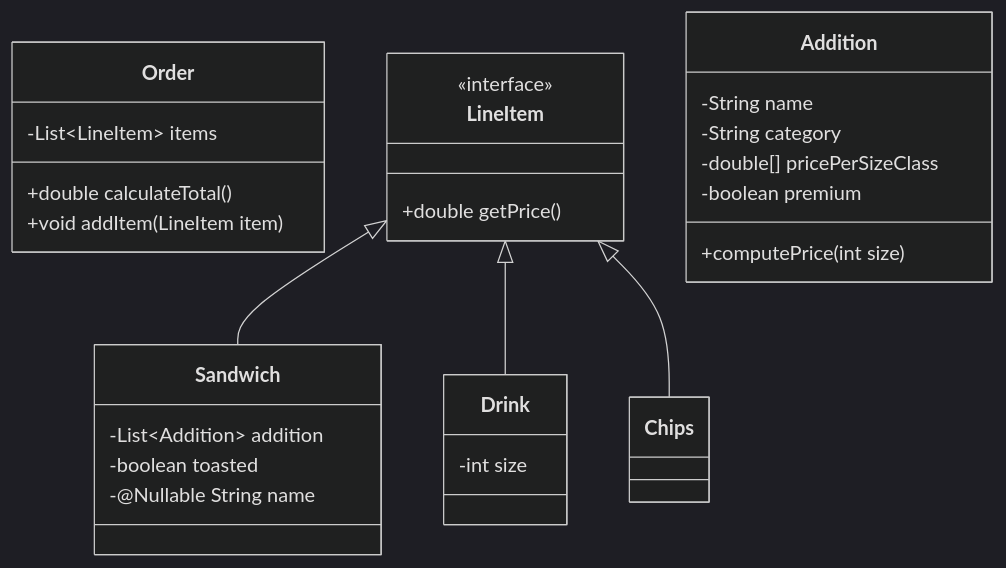
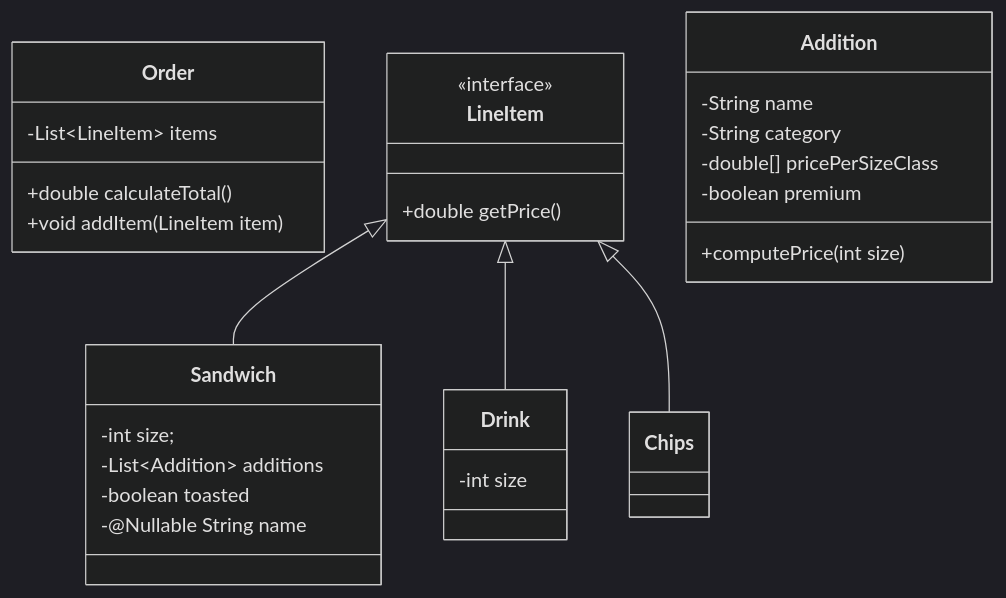
Before and after one commit to yuujn/nuclear-subs: the first of 3 diagrams in diagrams/class_diagrams.md, drawn with Mermaid (dark theme). The commit also changed 2 other files, not shown here.

Commit message:
sketch out Sandwich class and stub Addition class

````diff
--- a/diagrams/class_diagrams.md
+++ b/diagrams/class_diagrams.md
@@ -3,35 +3,36 @@
 ```mermaid
 classDiagram
     class Order {
         -List&lt;LineItem&gt; items
         +double calculateTotal()
         +void addItem(LineItem item)
     }
     class LineItem {
         <<interface>>
         +double getPrice()
     }
     
     LineItem <|-- Sandwich
     class Sandwich {
-        -List&lt;Addition&gt; addition
+        -int size;
+        -List&lt;Addition&gt; additions
         -boolean toasted
         -@Nullable String name
     }
     class Addition {
         -String name
         -String category
         -double[] pricePerSizeClass
         -boolean premium
         +computePrice(int size)
     }
     
     LineItem <|-- Drink
     class Drink {
         -int size
     }
     LineItem <|-- Chips
     class Chips {
         
     }
 ```
````
